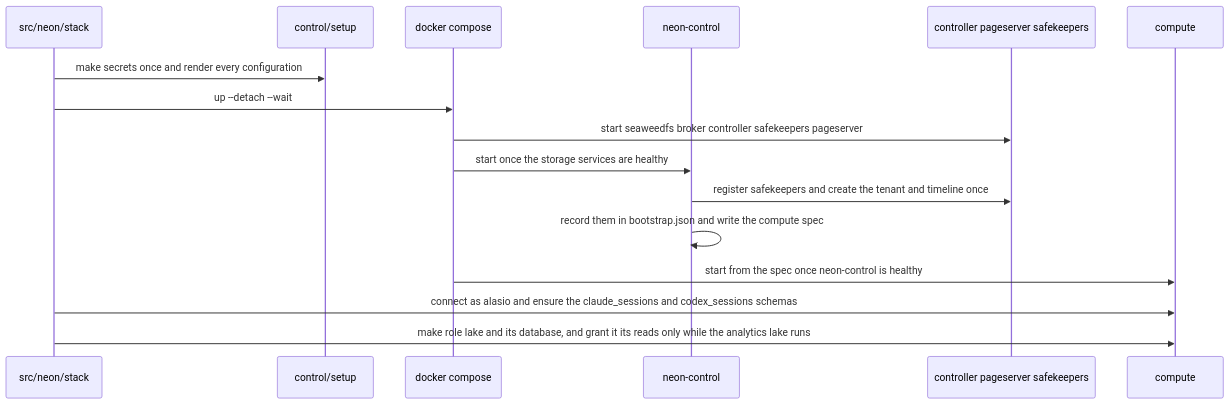
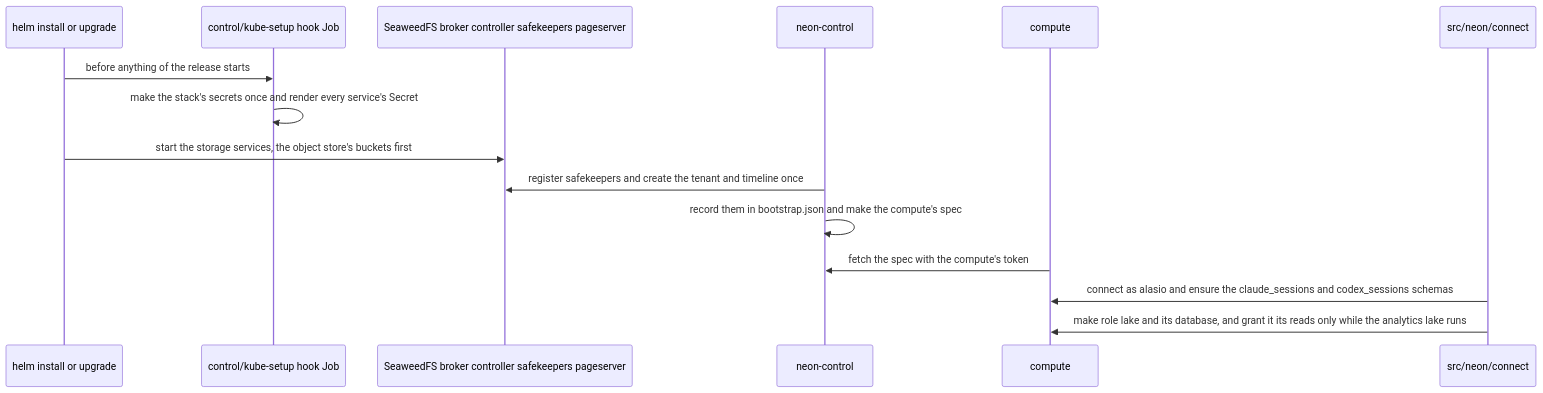
One commit to eaucoin/alasio changed the second of 3 diagrams in neon/README.md. Above: the diagram before and after it, drawn with Mermaid. The commit also changed other lines of this file and 37 other files, not shown here.

````diff
--- a/neon/README.md
+++ b/neon/README.md
@@ -56,18 +57,17 @@
 ```mermaid
 sequenceDiagram
-  participant Alasio as src/neon/stack
-  participant Setup as control/setup
-  participant Compose as docker compose
+  participant Helm as helm install or upgrade
+  participant Setup as control/kube-setup hook Job
+  participant Storage as SeaweedFS broker controller safekeepers pageserver
   participant Control as neon-control
-  participant Storage as controller pageserver safekeepers
   participant Compute as compute
-  Alasio->>Setup: make secrets once and render every configuration
-  Alasio->>Compose: up --detach --wait
-  Compose->>Storage: start seaweedfs broker controller safekeepers pageserver
-  Compose->>Control: start once the storage services are healthy
+  participant Alasio as src/neon/connect
+  Helm->>Setup: before anything of the release starts
+  Setup->>Setup: make the stack's secrets once and render every service's Secret
+  Helm->>Storage: start the storage services, the object store's buckets first
   Control->>Storage: register safekeepers and create the tenant and timeline once
-  Control->>Control: record them in bootstrap.json and write the compute spec
-  Compose->>Compute: start from the spec once neon-control is healthy
+  Control->>Control: record them in bootstrap.json and make the compute's spec
+  Compute->>Control: fetch the spec with the compute's token
   Alasio->>Compute: connect as alasio and ensure the claude_sessions and codex_sessions schemas
   Alasio->>Compute: make role lake and its database, and grant it its reads only while the analytics lake runs
 ```
````
